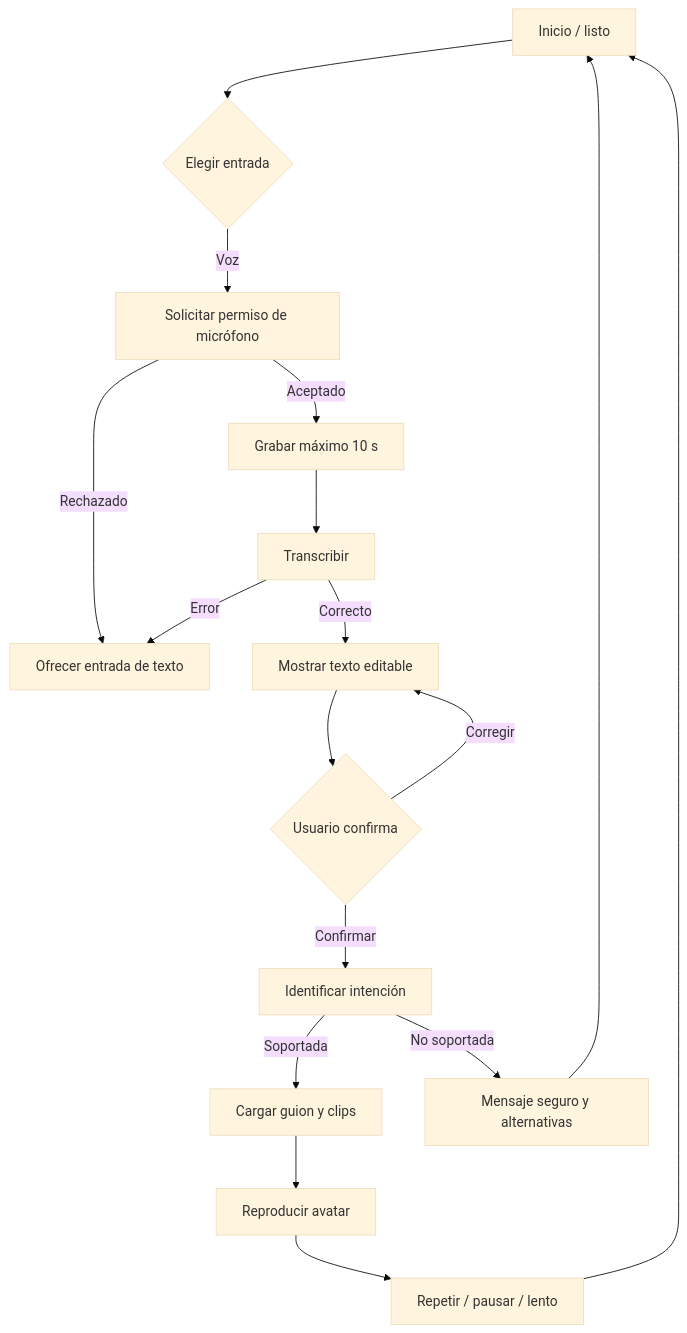
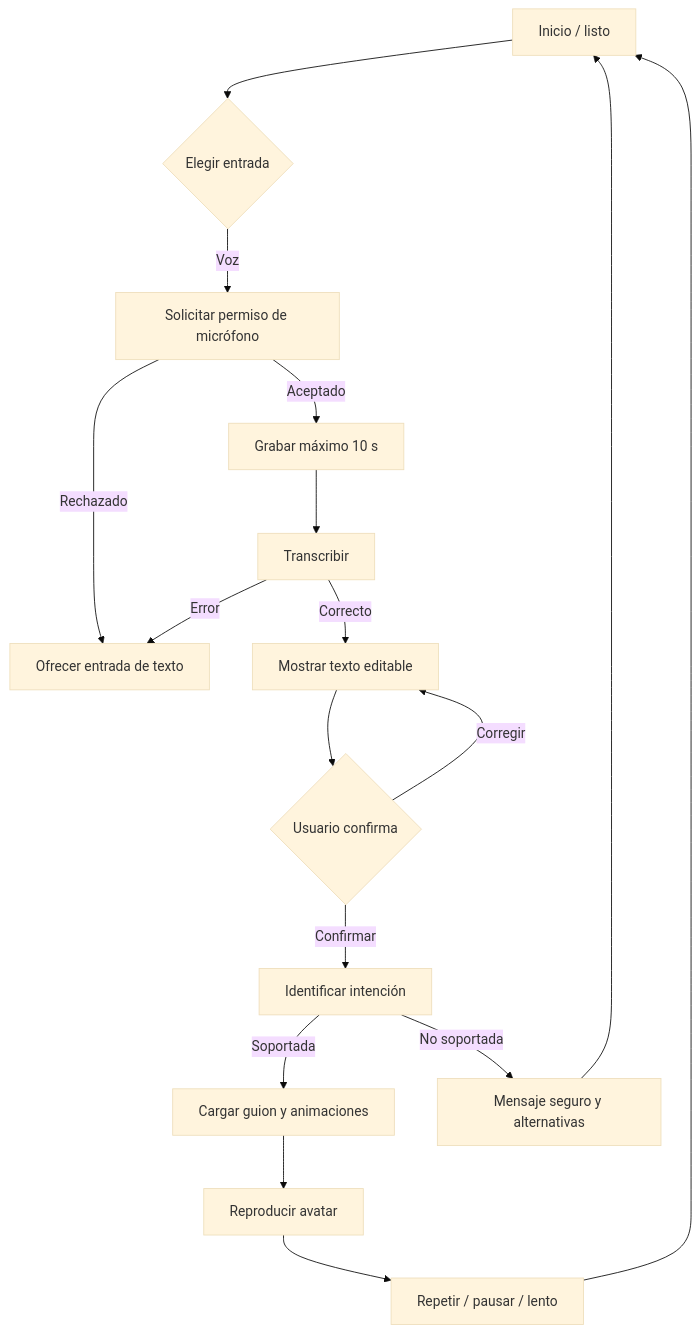
The diagram in docs/05-diseno/flujo-usuario.md (JhonatanC4STRO/NexoLSC), drawn with Mermaid (base theme) before and after one commit. The commit also changed 41 other files, not shown here.

````diff
--- a/docs/05-diseno/flujo-usuario.md
+++ b/docs/05-diseno/flujo-usuario.md
@@ -8,19 +8,19 @@
 ```mermaid
 flowchart TD
     A[Inicio / listo] --> B{Elegir entrada}
     B -->|Voz| C[Solicitar permiso de micrófono]
     C -->|Aceptado| D[Grabar máximo 10 s]
     C -->|Rechazado| E[Ofrecer entrada de texto]
     D --> F[Transcribir]
     F -->|Correcto| G[Mostrar texto editable]
     F -->|Error| E
     G --> H{Usuario confirma}
     H -->|Corregir| G
     H -->|Confirmar| I[Identificar intención]
-    I -->|Soportada| J[Cargar guion y clips]
+    I -->|Soportada| J[Cargar guion y animaciones]
     I -->|No soportada| K[Mensaje seguro y alternativas]
     J --> L[Reproducir avatar]
     L --> M[Repetir / pausar / lento]
     M --> A
     K --> A
 ```
````
